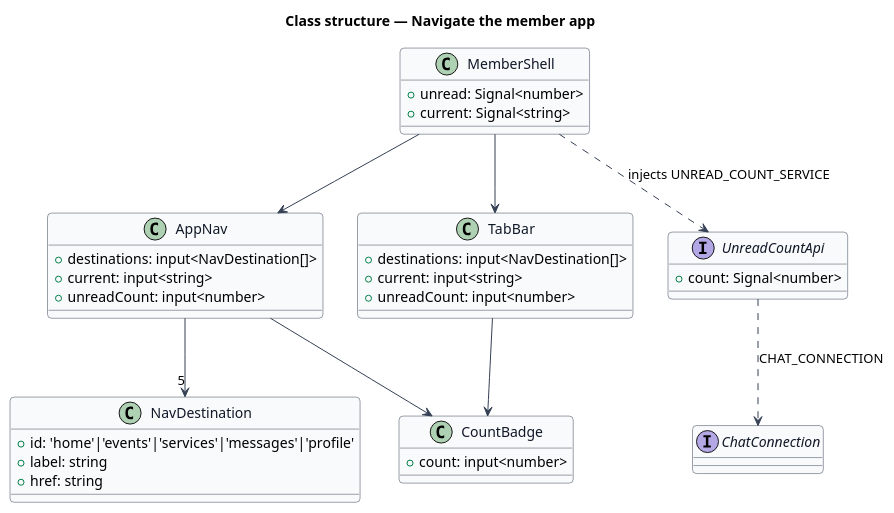
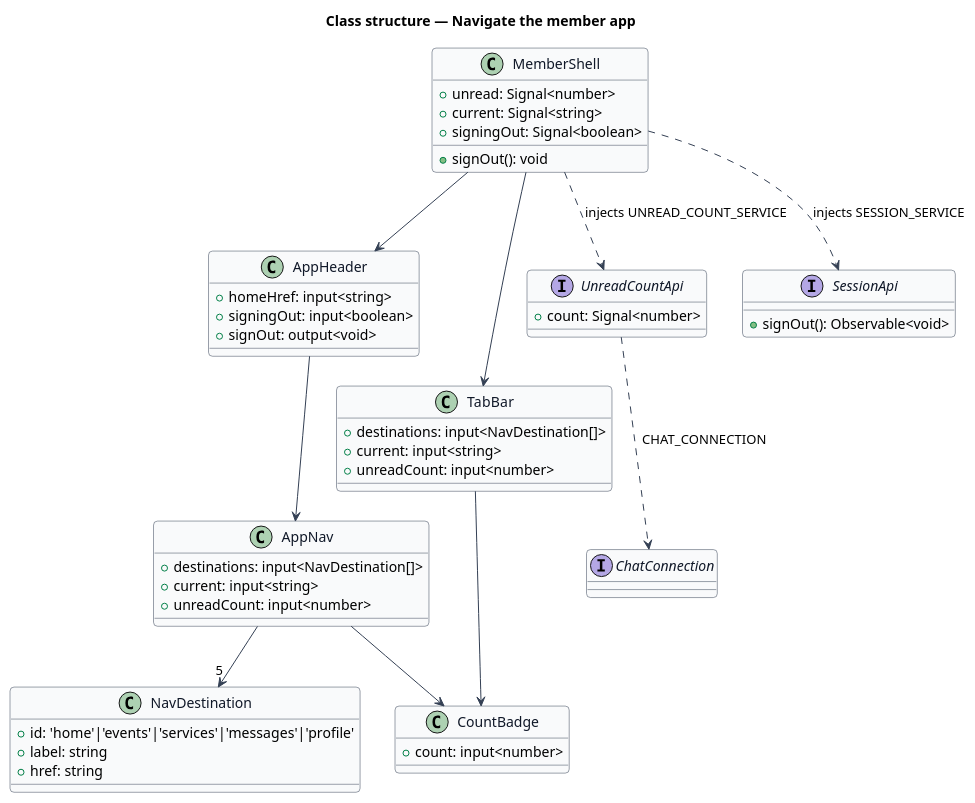
The diagram in docs/detailed-designs/member-home/navigate-member-app/diagrams/class-structure.puml (QuinntyneBrown/christian-fitness), drawn with PlantUML before and after one commit. The commit also changed 94 other files, not shown here.

First line of the commit message:
Design slice 3.1: sign in and sign out

```diff
--- a/docs/detailed-designs/member-home/navigate-member-app/diagrams/class-structure.puml
+++ b/docs/detailed-designs/member-home/navigate-member-app/diagrams/class-structure.puml
@@ -1,46 +1,58 @@
 @startuml
 skinparam backgroundColor #FFFFFF
 skinparam shadowing false
 skinparam roundcorner 8
 skinparam defaultFontName Arial
 skinparam ArrowColor #344054
 skinparam class {
   BorderColor #344054
   FontColor #101828
   BackgroundColor #F9FAFB
 }
 title Class structure — Navigate the member app
 class MemberShell {
   +unread: Signal<number>
   +current: Signal<string>
+  +signingOut: Signal<boolean>
+  +signOut(): void
+}
+class AppHeader {
+  +homeHref: input<string>
+  +signingOut: input<boolean>
+  +signOut: output<void>
 }
 class AppNav {
   +destinations: input<NavDestination[]>
   +current: input<string>
   +unreadCount: input<number>
 }
 class TabBar {
   +destinations: input<NavDestination[]>
   +current: input<string>
   +unreadCount: input<number>
 }
 class CountBadge {
   +count: input<number>
 }
 class NavDestination {
   +id: 'home'|'events'|'services'|'messages'|'profile'
   +label: string
   +href: string
 }
 interface UnreadCountApi {
   +count: Signal<number>
 }
+interface SessionApi {
+  +signOut(): Observable<void>
+}
 interface ChatConnection
-MemberShell --> AppNav
+MemberShell --> AppHeader
+AppHeader --> AppNav
 MemberShell --> TabBar
 AppNav --> CountBadge
 TabBar --> CountBadge
 AppNav --> "5" NavDestination
 MemberShell ..> UnreadCountApi : injects UNREAD_COUNT_SERVICE
+MemberShell ..> SessionApi : injects SESSION_SERVICE
 UnreadCountApi ..> ChatConnection : CHAT_CONNECTION
 @enduml
```
